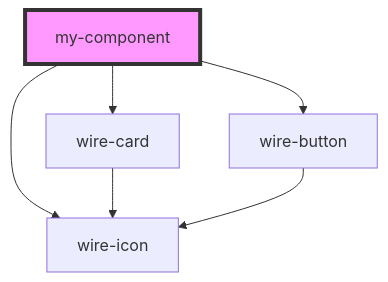
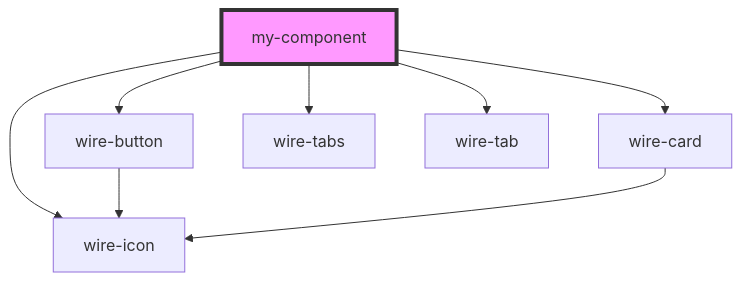
The diagram in packages/core/src/components/my-component/readme.md (Wire-Network/wire-ui), drawn with Mermaid before and after one commit. The commit also changed other lines of this file and 7 other files, not shown here.

````diff
--- a/packages/core/src/components/my-component/readme.md
+++ b/packages/core/src/components/my-component/readme.md
@@ -17,9 +19,11 @@
 ```mermaid
 graph TD;
+  my-component --> wire-button
   my-component --> wire-card
-  my-component --> wire-button
   my-component --> wire-icon
+  my-component --> wire-tabs
+  my-component --> wire-tab
+  wire-button --> wire-icon
   wire-card --> wire-icon
-  wire-button --> wire-icon
   style my-component fill:#f9f,stroke:#333,stroke-width:4px
 ```
````
